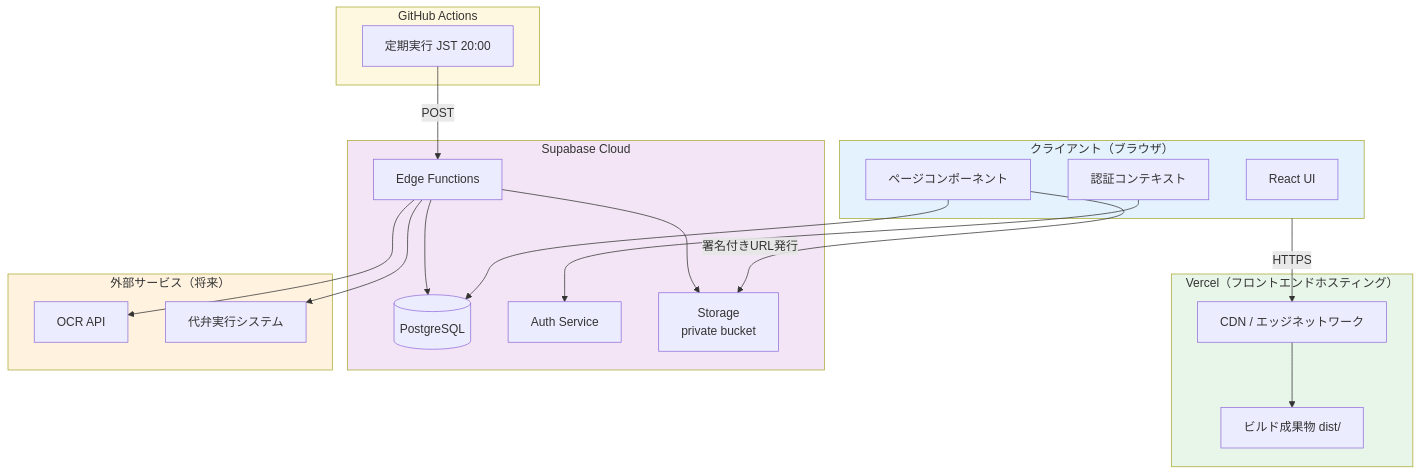
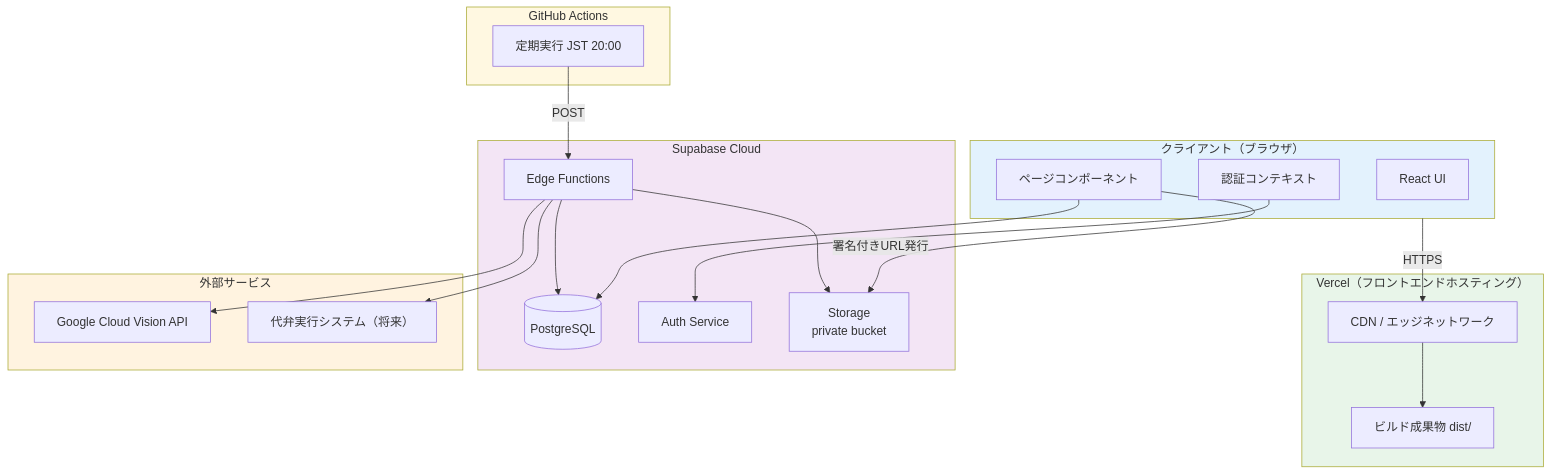
One commit to kakpu/payment-guarantee changed the diagram in docs/02_architecture.md. Above: the diagram before and after it, drawn with Mermaid. The commit also changed other lines of this file and 10 other files, not shown here.

First line of the commit message:
feat(ocr): Phase 6 - Google Cloud Vision API による AI OCR 統合

````diff
--- a/docs/02_architecture.md
+++ b/docs/02_architecture.md
@@ -15,46 +16,46 @@
 ```mermaid
 graph TB
     subgraph Client["クライアント（ブラウザ）"]
         UI[React UI]
         Auth[認証コンテキスト]
         Pages[ページコンポーネント]
     end
 
     subgraph Vercel["Vercel（フロントエンドホスティング）"]
         CDN[CDN / エッジネットワーク]
         Build[ビルド成果物 dist/]
     end
 
     subgraph Supabase["Supabase Cloud"]
         DB[(PostgreSQL)]
         AuthSvc[Auth Service]
         Storage[Storage\nprivate bucket]
         Functions[Edge Functions]
     end
 
     subgraph CI["GitHub Actions"]
         Cron[定期実行 JST 20:00]
     end
 
-    subgraph External["外部サービス（将来）"]
-        OCR[OCR API]
-        Batch[代弁実行システム]
+    subgraph External["外部サービス"]
+        OCR[Google Cloud Vision API]
+        Batch[代弁実行システム（将来）]
     end
 
     Client -->|HTTPS| CDN
     CDN --> Build
     Auth --> AuthSvc
     Pages --> DB
     Pages -->|署名付きURL発行| Storage
     Cron -->|POST| Functions
     Functions --> DB
     Functions --> Storage
     Functions --> OCR
     Functions --> Batch
 
     style Client fill:#e3f2fd
     style Vercel fill:#e8f5e9
     style Supabase fill:#f3e5f5
     style CI fill:#fff8e1
     style External fill:#fff3e0
 ```
````
